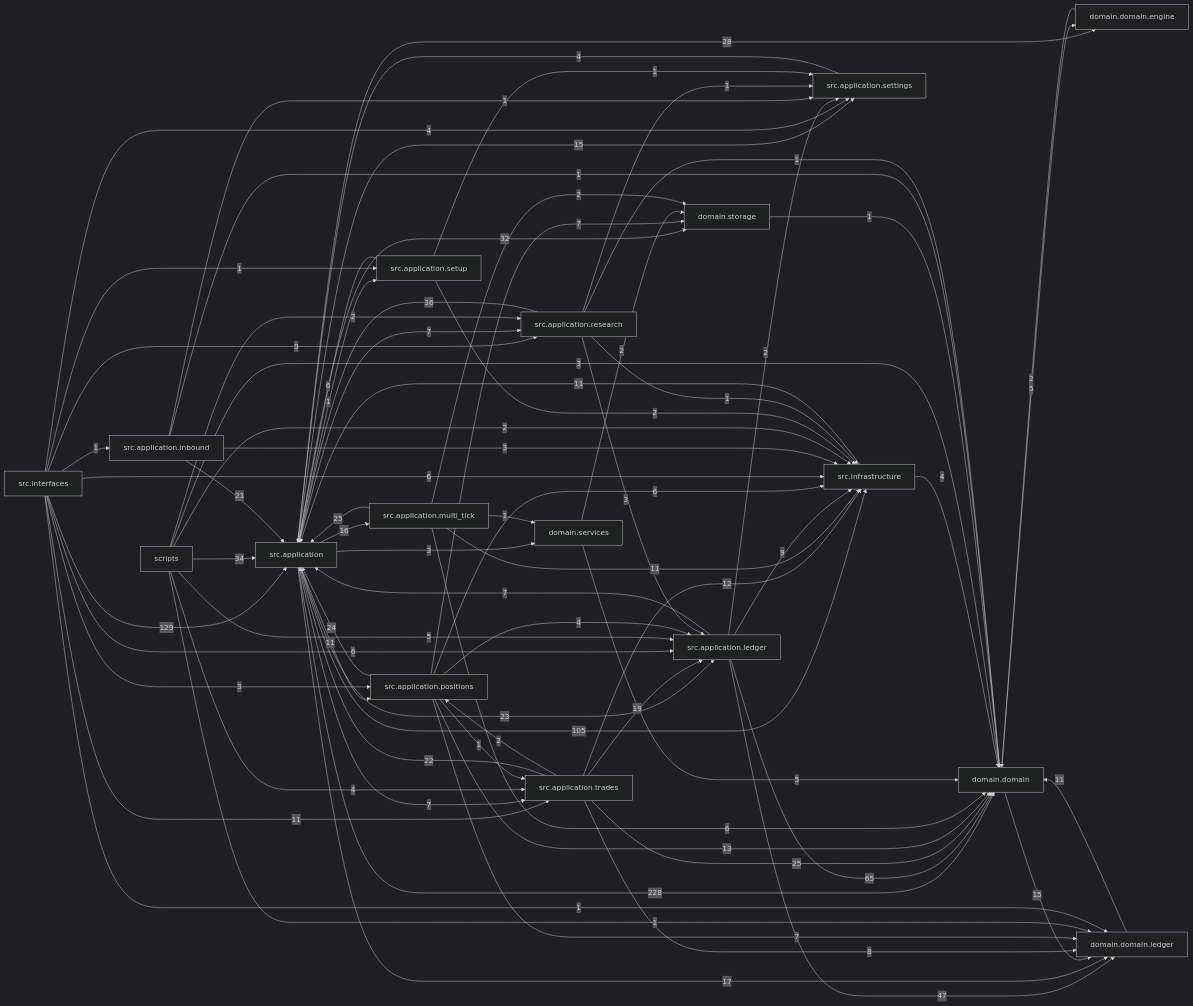
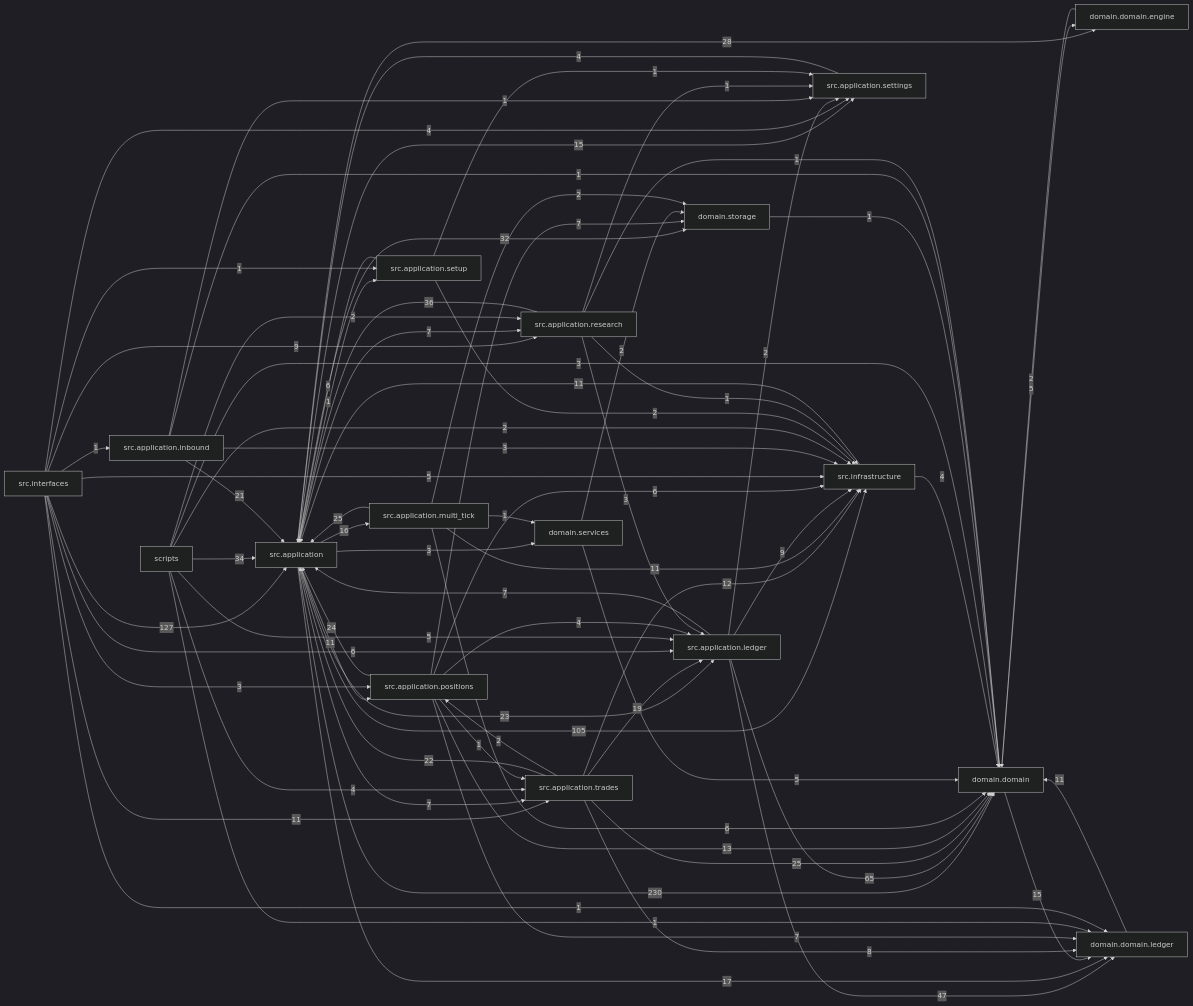
One commit to liuxie066/options-monitor changed the diagram in docs/dependency_graph.mmd. Above: the diagram before and after it, drawn with Mermaid (dark theme). The commit also changed 29 other files, not shown here.

```diff
--- a/docs/dependency_graph.mmd
+++ b/docs/dependency_graph.mmd
@@ -1,76 +1,76 @@
 flowchart LR
-  src_application["src.application"] -->|228| domain_domain["domain.domain"]
-  src_interfaces["src.interfaces"] -->|129| src_application["src.application"]
+  src_application["src.application"] -->|230| domain_domain["domain.domain"]
+  src_interfaces["src.interfaces"] -->|127| src_application["src.application"]
   src_application["src.application"] -->|105| src_infrastructure["src.infrastructure"]
   src_application_ledger["src.application.ledger"] -->|65| domain_domain["domain.domain"]
   src_application_ledger["src.application.ledger"] -->|47| domain_domain_ledger["domain.domain.ledger"]
   src_application_research["src.application.research"] -->|36| src_application["src.application"]
   scripts["scripts"] -->|34| src_application["src.application"]
   src_application["src.application"] -->|32| domain_storage["domain.storage"]
   src_application["src.application"] -->|28| domain_domain_engine["domain.domain.engine"]
   src_application_multi_tick["src.application.multi_tick"] -->|25| src_application["src.application"]
   src_application_trades["src.application.trades"] -->|25| domain_domain["domain.domain"]
   src_application_positions["src.application.positions"] -->|24| src_application["src.application"]
   src_application["src.application"] -->|23| src_application_ledger["src.application.ledger"]
   src_application_trades["src.application.trades"] -->|22| src_application["src.application"]
   src_application_inbound["src.application.inbound"] -->|21| src_application["src.application"]
   src_application_trades["src.application.trades"] -->|19| src_application_ledger["src.application.ledger"]
   src_application["src.application"] -->|17| domain_domain_ledger["domain.domain.ledger"]
   src_application["src.application"] -->|16| src_application_multi_tick["src.application.multi_tick"]
   domain_domain["domain.domain"] -->|15| domain_domain_ledger["domain.domain.ledger"]
   src_application["src.application"] -->|15| src_application_settings["src.application.settings"]
   src_application_positions["src.application.positions"] -->|13| domain_domain["domain.domain"]
   src_application_trades["src.application.trades"] -->|12| src_infrastructure["src.infrastructure"]
   domain_domain_ledger["domain.domain.ledger"] -->|11| domain_domain["domain.domain"]
   src_application["src.application"] -->|11| src_application_positions["src.application.positions"]
   src_application_multi_tick["src.application.multi_tick"] -->|11| src_infrastructure["src.infrastructure"]
   src_infrastructure["src.infrastructure"] -->|11| src_application["src.application"]
   src_interfaces["src.interfaces"] -->|11| src_application_trades["src.application.trades"]
   src_application_ledger["src.application.ledger"] -->|9| src_infrastructure["src.infrastructure"]
   src_interfaces["src.interfaces"] -->|9| src_application_research["src.application.research"]
   src_application_trades["src.application.trades"] -->|8| domain_domain_ledger["domain.domain.ledger"]
   src_application["src.application"] -->|7| src_application_research["src.application.research"]
   src_application["src.application"] -->|7| src_application_trades["src.application.trades"]
   src_application_ledger["src.application.ledger"] -->|7| src_application["src.application"]
   src_application_positions["src.application.positions"] -->|7| domain_domain_ledger["domain.domain.ledger"]
   src_application_positions["src.application.positions"] -->|7| domain_storage["domain.storage"]
   src_application_multi_tick["src.application.multi_tick"] -->|6| domain_domain["domain.domain"]
   src_application_positions["src.application.positions"] -->|6| src_infrastructure["src.infrastructure"]
   src_application_setup["src.application.setup"] -->|6| src_application["src.application"]
   src_interfaces["src.interfaces"] -->|6| src_application_ledger["src.application.ledger"]
-  src_interfaces["src.interfaces"] -->|6| src_infrastructure["src.infrastructure"]
   domain_domain["domain.domain"] -->|5| domain_domain_engine["domain.domain.engine"]
   domain_services["domain.services"] -->|5| domain_domain["domain.domain"]
   scripts["scripts"] -->|5| src_application_ledger["src.application.ledger"]
+  src_interfaces["src.interfaces"] -->|5| src_infrastructure["src.infrastructure"]
   scripts["scripts"] -->|4| src_application_trades["src.application.trades"]
   src_application_positions["src.application.positions"] -->|4| src_application_ledger["src.application.ledger"]
   src_application_settings["src.application.settings"] -->|4| src_application["src.application"]
   src_infrastructure["src.infrastructure"] -->|4| domain_domain["domain.domain"]
   src_interfaces["src.interfaces"] -->|4| src_application_settings["src.application.settings"]
   scripts["scripts"] -->|3| domain_domain["domain.domain"]
   src_application["src.application"] -->|3| domain_services["domain.services"]
   src_application_inbound["src.application.inbound"] -->|3| src_infrastructure["src.infrastructure"]
   src_application_research["src.application.research"] -->|3| src_application_ledger["src.application.ledger"]
   src_interfaces["src.interfaces"] -->|3| src_application_positions["src.application.positions"]
   domain_domain_engine["domain.domain.engine"] -->|2| domain_domain["domain.domain"]
   domain_services["domain.services"] -->|2| domain_storage["domain.storage"]
   scripts["scripts"] -->|2| src_application_research["src.application.research"]
   scripts["scripts"] -->|2| src_infrastructure["src.infrastructure"]
   src_application_ledger["src.application.ledger"] -->|2| src_application_settings["src.application.settings"]
   src_application_multi_tick["src.application.multi_tick"] -->|2| domain_storage["domain.storage"]
   src_application_setup["src.application.setup"] -->|2| src_infrastructure["src.infrastructure"]
   src_application_trades["src.application.trades"] -->|2| src_application_positions["src.application.positions"]
   domain_storage["domain.storage"] -->|1| domain_domain["domain.domain"]
   scripts["scripts"] -->|1| domain_domain_ledger["domain.domain.ledger"]
   src_application["src.application"] -->|1| src_application_setup["src.application.setup"]
   src_application_inbound["src.application.inbound"] -->|1| domain_domain["domain.domain"]
   src_application_inbound["src.application.inbound"] -->|1| src_application_settings["src.application.settings"]
   src_application_multi_tick["src.application.multi_tick"] -->|1| domain_services["domain.services"]
   src_application_positions["src.application.positions"] -->|1| src_application_trades["src.application.trades"]
   src_application_research["src.application.research"] -->|1| domain_domain["domain.domain"]
   src_application_research["src.application.research"] -->|1| src_application_settings["src.application.settings"]
   src_application_research["src.application.research"] -->|1| src_infrastructure["src.infrastructure"]
   src_application_setup["src.application.setup"] -->|1| src_application_settings["src.application.settings"]
   src_interfaces["src.interfaces"] -->|1| domain_domain_ledger["domain.domain.ledger"]
   src_interfaces["src.interfaces"] -->|1| src_application_inbound["src.application.inbound"]
   src_interfaces["src.interfaces"] -->|1| src_application_setup["src.application.setup"]
```
